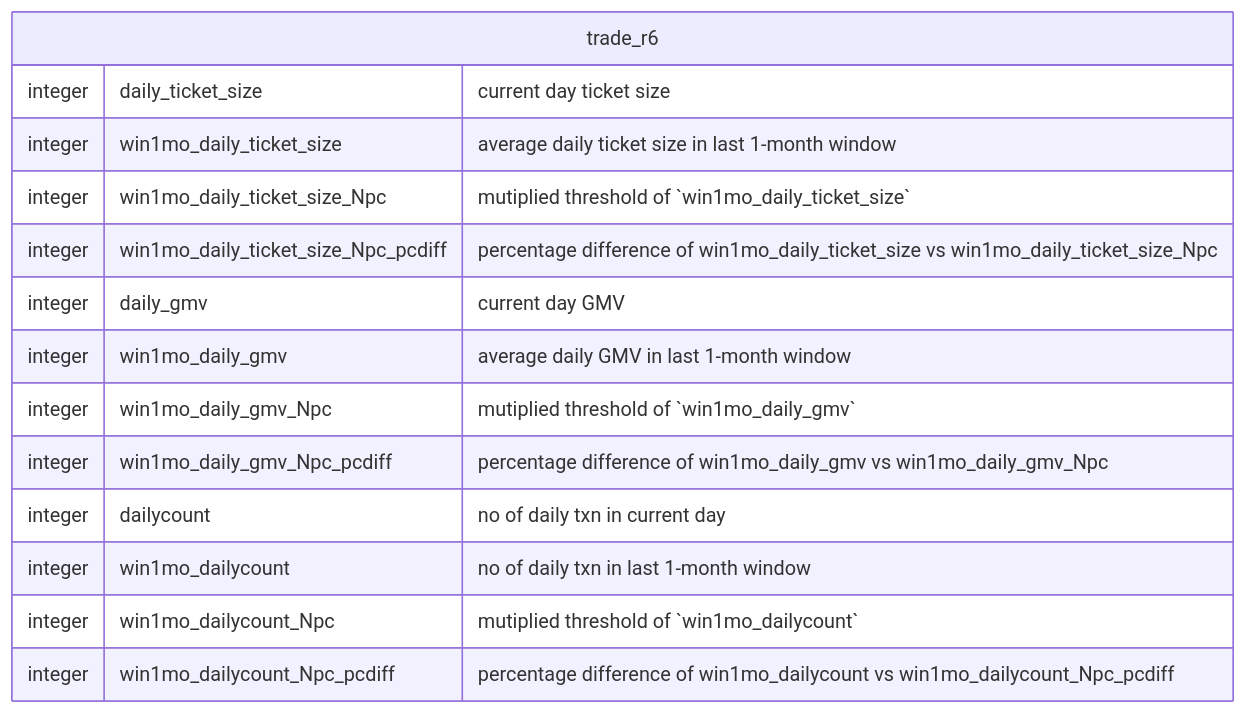
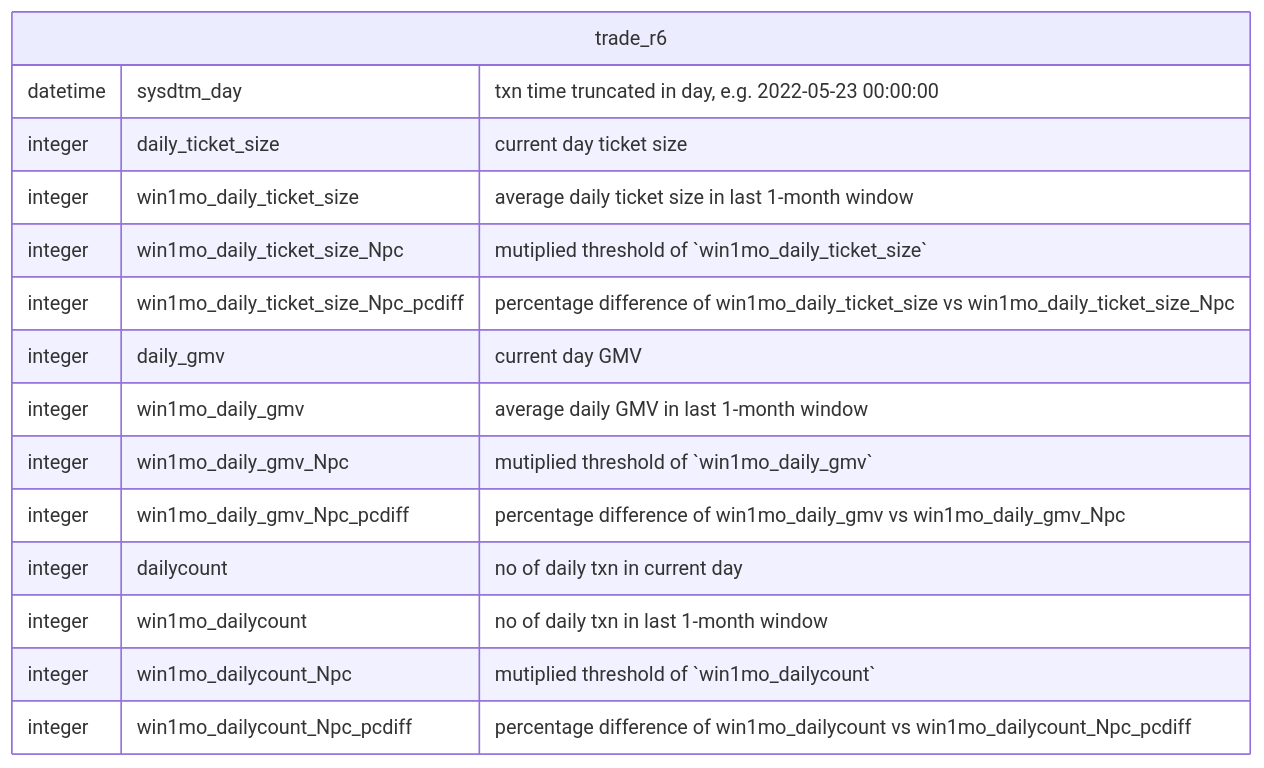
One commit to lncknight/qf-data-dictionary changed the fifth of 6 diagrams in data-dictionary.md. Above: the diagram before and after it, drawn with Mermaid.

Commit message:
trade_r6

````diff
--- a/data-dictionary.md
+++ b/data-dictionary.md
@@ -101,20 +101,21 @@
 ```mermaid
 erDiagram
   trade_r6 {
+    datetime sysdtm_day "txn time truncated in day, e.g. 2022-05-23 00:00:00"
 
     integer daily_ticket_size "current day ticket size"
     integer win1mo_daily_ticket_size "average daily ticket size in last 1-month window"
     integer win1mo_daily_ticket_size_Npc "mutiplied threshold of `win1mo_daily_ticket_size`"
     integer win1mo_daily_ticket_size_Npc_pcdiff "percentage difference of win1mo_daily_ticket_size vs win1mo_daily_ticket_size_Npc"
 
     integer daily_gmv "current day GMV"
     integer win1mo_daily_gmv "average daily GMV in last 1-month window"
     integer win1mo_daily_gmv_Npc "mutiplied threshold of `win1mo_daily_gmv`"
     integer win1mo_daily_gmv_Npc_pcdiff "percentage difference of win1mo_daily_gmv vs win1mo_daily_gmv_Npc"
 
     integer dailycount "no of daily txn in current day"
     integer win1mo_dailycount "no of daily txn in last 1-month window"
     integer win1mo_dailycount_Npc "mutiplied threshold of `win1mo_dailycount`"
     integer win1mo_dailycount_Npc_pcdiff "percentage difference of win1mo_dailycount vs win1mo_dailycount_Npc_pcdiff"
   }
 ```
````
